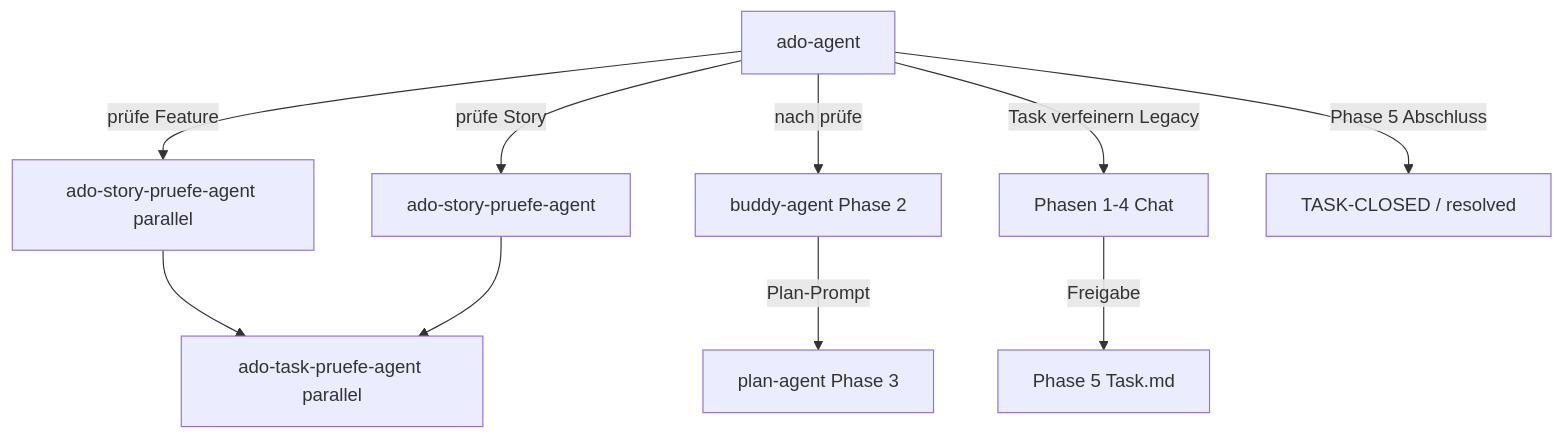
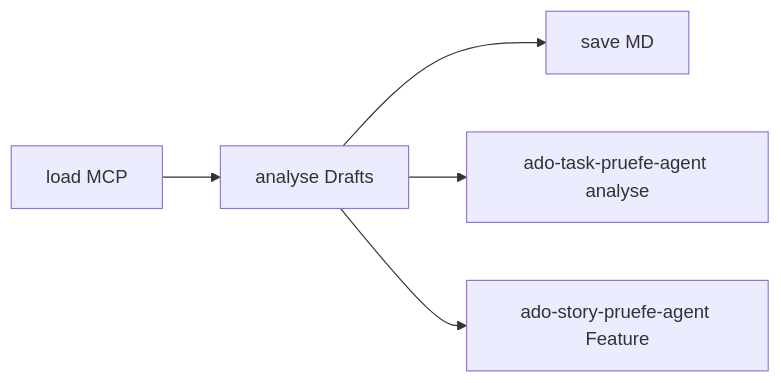
Before and after one commit to DeVesen/Dv.Ai.Development: the diagram in AI-Skills/skills/ado/SKILL.md, drawn with Mermaid. The commit also changed other lines of this file and 34 other files, not shown here.

First line of the commit message:
Refactor ADO skill into load/analyse/save

````diff
--- a/AI-Skills/skills/ado/SKILL.md
+++ b/AI-Skills/skills/ado/SKILL.md
@@ -118,13 +124,9 @@
 ```mermaid
-flowchart TB
-  DO[ado-agent]
-  DO -->|prüfe Feature| SSA[ado-story-pruefe-agent parallel]
-  DO -->|prüfe Story| SSA1[ado-story-pruefe-agent]
-  DO -->|nach prüfe| BUDDY[buddy-agent Phase 2]
-  BUDDY -->|Plan-Prompt| PLAN[plan-agent Phase 3]
-  DO -->|Task verfeinern Legacy| CHAT[Phasen 1-4 Chat]
-  CHAT -->|Freigabe| MD[Phase 5 Task.md]
-  SSA --> TPA[ado-task-pruefe-agent parallel]
-  SSA1 --> TPA
-  DO -->|Phase 5 Abschluss| CLOSE[TASK-CLOSED / resolved]
+flowchart LR
+  L[load MCP]
+  A[analyse Drafts]
+  S[save MD]
+  L --> A --> S
+  A --> TSA[ado-task-pruefe-agent analyse]
+  A --> SSA[ado-story-pruefe-agent Feature]
 ```
````
